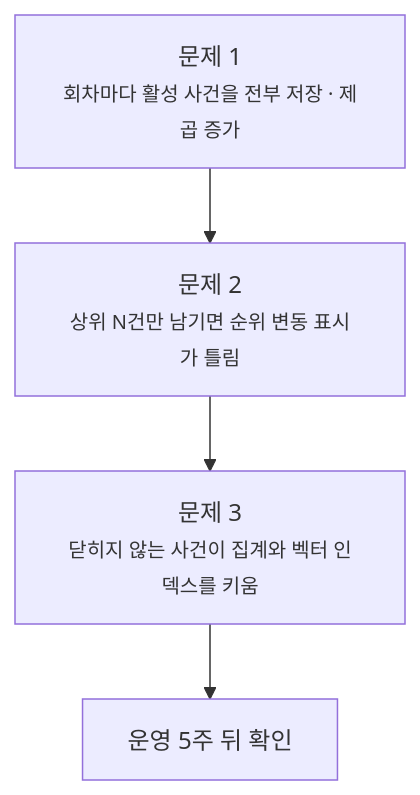
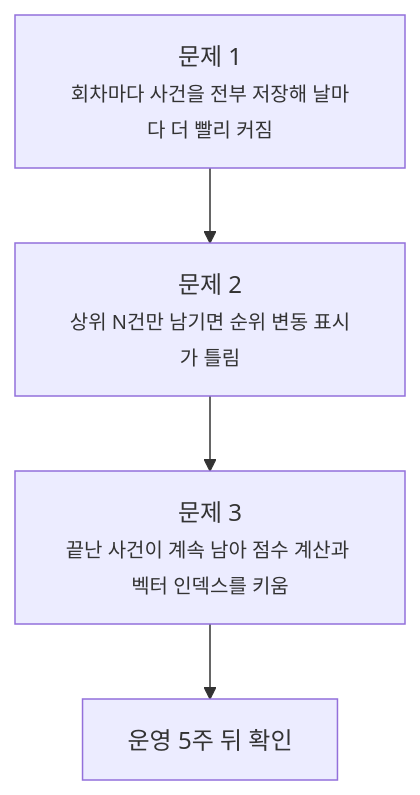
The first of 3 diagrams in src/content/blog/snapshot-ledger-quadratic-growth.md (oownahcohc/oownahcohc.github.io), drawn with Mermaid before and after one commit. The commit also changed other lines of this file, not shown here.

````diff
--- a/src/content/blog/snapshot-ledger-quadratic-growth.md
+++ b/src/content/blog/snapshot-ledger-quadratic-growth.md
@@ -21,8 +21,8 @@
 ```mermaid
 flowchart TB
-    P1["문제 1<br/><small>회차마다 활성 사건을 전부 저장 · 제곱 증가</small>"]
+    P1["문제 1<br/><small>회차마다 사건을 전부 저장해 날마다 더 빨리 커짐</small>"]
     P2["문제 2<br/><small>상위 N건만 남기면 순위 변동 표시가 틀림</small>"]
-    P3["문제 3<br/><small>닫히지 않는 사건이 집계와 벡터 인덱스를 키움</small>"]
+    P3["문제 3<br/><small>끝난 사건이 계속 남아 점수 계산과 벡터 인덱스를 키움</small>"]
     R["운영 5주 뒤 확인"]
     P1 --> P2 --> P3 --> R
 ```
````
